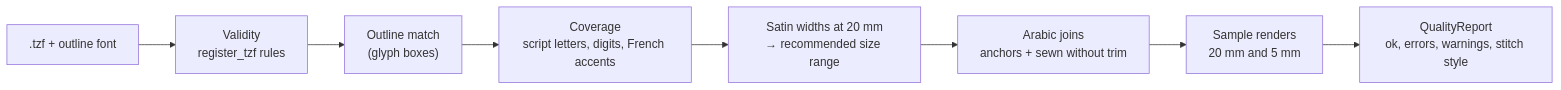
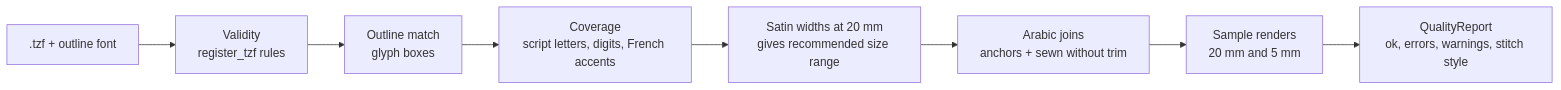
One commit to TerminalDZ/tarz-text changed the fourth of 4 diagrams in README.ar.md. Above: the diagram before and after it, drawn with Mermaid. The commit also changed other lines of this file and 1 other file, not shown here.

Commit message:
docs: GitHub-safe mermaid diagrams

````diff
--- a/README.ar.md
+++ b/README.ar.md
@@ -206,10 +206,10 @@
 ```mermaid
 flowchart LR
-    IN[".tzf + outline font"] --> V["Validity<br/>register_tzf rules"]
-    V --> O["Outline match<br/>(glyph boxes)"]
-    O --> C["Coverage<br/>script letters, digits, French accents"]
-    C --> W["Satin widths at 20 mm<br/>→ recommended size range"]
-    W --> J["Arabic joins<br/>anchors + sewn without trim"]
-    J --> RD["Sample renders<br/>20 mm and 5 mm"]
-    RD --> Q["QualityReport<br/>ok, errors, warnings, stitch style"]
+    IN[".tzf + outline font"] --> V["Validity<br>register_tzf rules"]
+    V --> O["Outline match<br>glyph boxes"]
+    O --> C["Coverage<br>script letters, digits, French accents"]
+    C --> W["Satin widths at 20 mm<br>gives recommended size range"]
+    W --> J["Arabic joins<br>anchors + sewn without trim"]
+    J --> RD["Sample renders<br>20 mm and 5 mm"]
+    RD --> Q["QualityReport<br>ok, errors, warnings, stitch style"]
 ```
````
